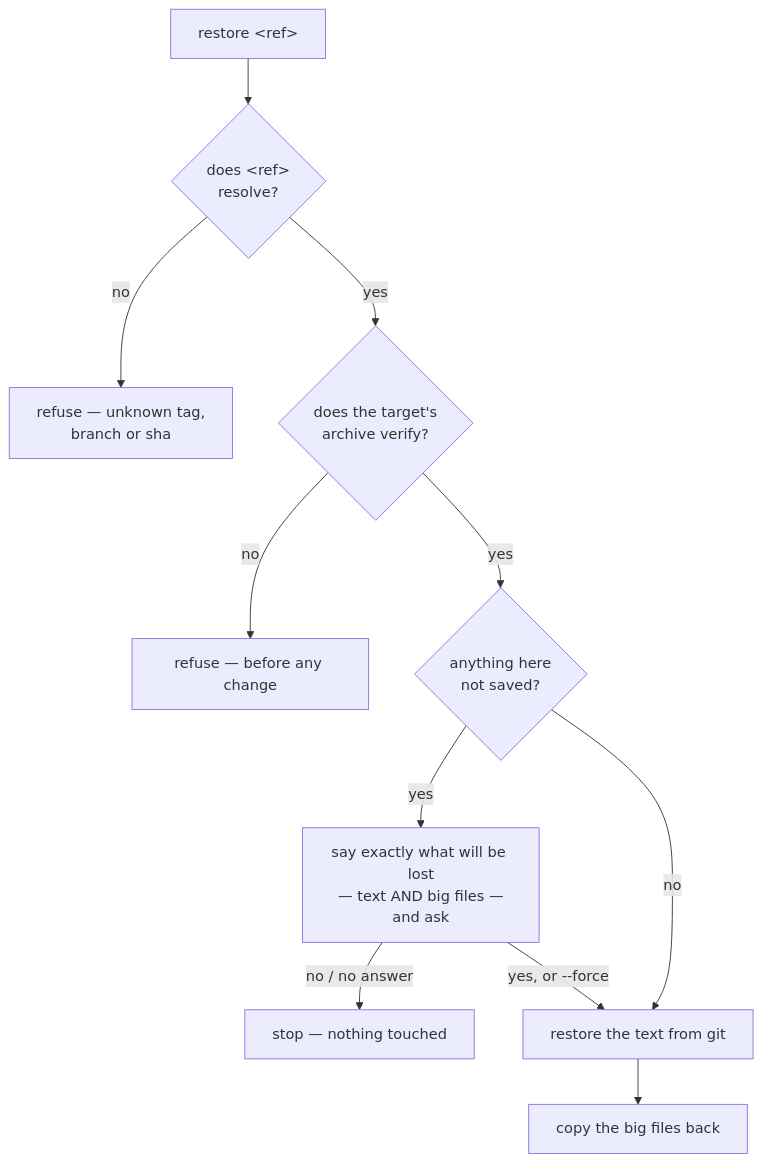
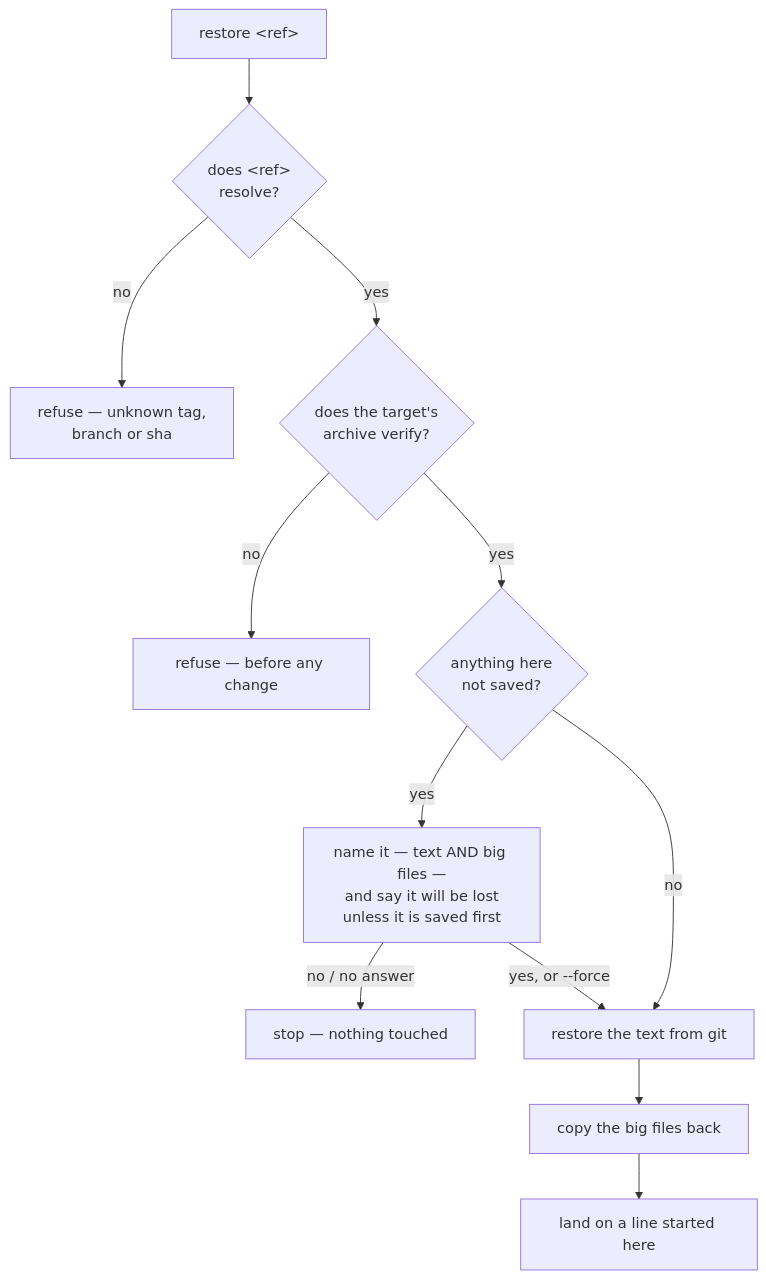
Before and after one commit to Qing-LAB/molbuilder: the third of 3 diagrams in docs/execution/checkpointing.md, drawn with Mermaid. The commit also changed other lines of this file, not shown here.

````diff
--- a/docs/execution/checkpointing.md
+++ b/docs/execution/checkpointing.md
@@ -292,13 +324,14 @@
 ```mermaid
 flowchart TB
     R["restore &lt;ref&gt;"] --> D0{"does &lt;ref&gt;<br/>resolve?"}
     D0 -->|"no"| X0["refuse — unknown tag,<br/>branch or sha"]
     D0 -->|"yes"| D3{"does the target's<br/>archive verify?"}
     D3 -->|"no"| X3["refuse — before any change"]
     D3 -->|"yes"| D1{"anything here<br/>not saved?"}
-    D1 -->|"yes"| Q["say exactly what will be lost<br/>— text AND big files —<br/>and ask"]
+    D1 -->|"yes"| Q["name it — text AND big files —<br/>and say it will be lost<br/>unless it is saved first"]
     Q -->|"no / no answer"| X1["stop — nothing touched"]
     Q -->|"yes, or --force"| G
     D1 -->|"no"| G["restore the text from git"]
     G --> B["copy the big files back"]
+    B --> L["land on a line started here"]
 ```
````
